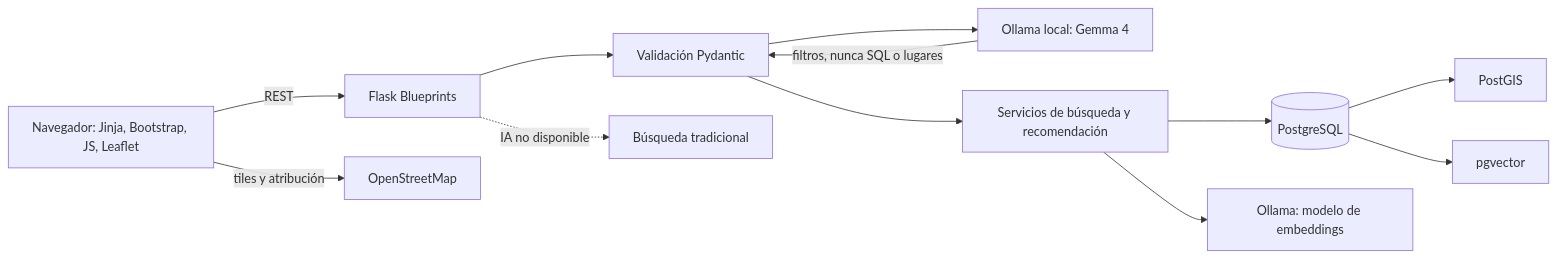
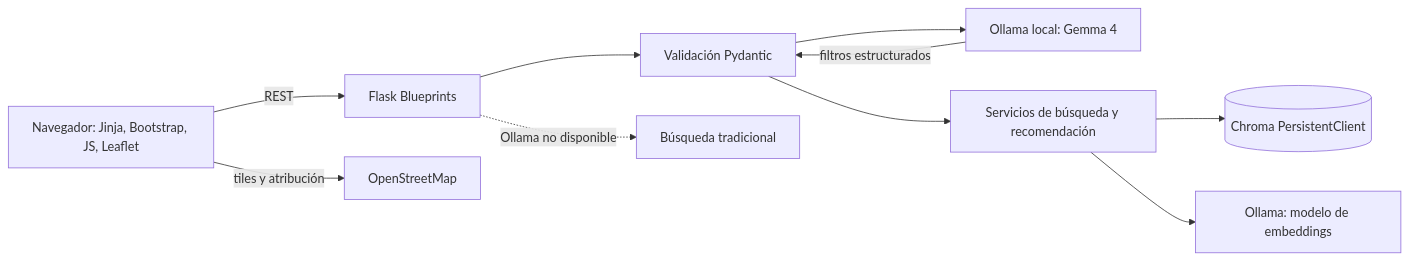
The diagram in docs/arquitectura.md (calabacin-afk/ProyectOax), drawn with Mermaid before and after one commit. The commit also changed other lines of this file and 18 other files, not shown here.

````diff
--- a/docs/arquitectura.md
+++ b/docs/arquitectura.md
@@ -7,14 +11,12 @@
 ```mermaid
 flowchart LR
   Browser[Navegador: Jinja, Bootstrap, JS, Leaflet] -->|REST| Flask[Flask Blueprints]
   Browser -->|tiles y atribución| OSM[OpenStreetMap]
   Flask --> Schema[Validación Pydantic]
   Schema --> AI[Ollama local: Gemma 4]
-  AI -->|filtros, nunca SQL o lugares| Schema
+  AI -->|filtros estructurados| Schema
   Schema --> Search[Servicios de búsqueda y recomendación]
-  Search --> DB[(PostgreSQL)]
-  DB --> GIS[PostGIS]
-  DB --> Vector[pgvector]
+  Search --> Chroma[(Chroma PersistentClient)]
   Search --> Embed[Ollama: modelo de embeddings]
-  Flask -. IA no disponible .-> Traditional[Búsqueda tradicional]
+  Flask -. Ollama no disponible .-> Traditional[Búsqueda tradicional]
 ```
````
